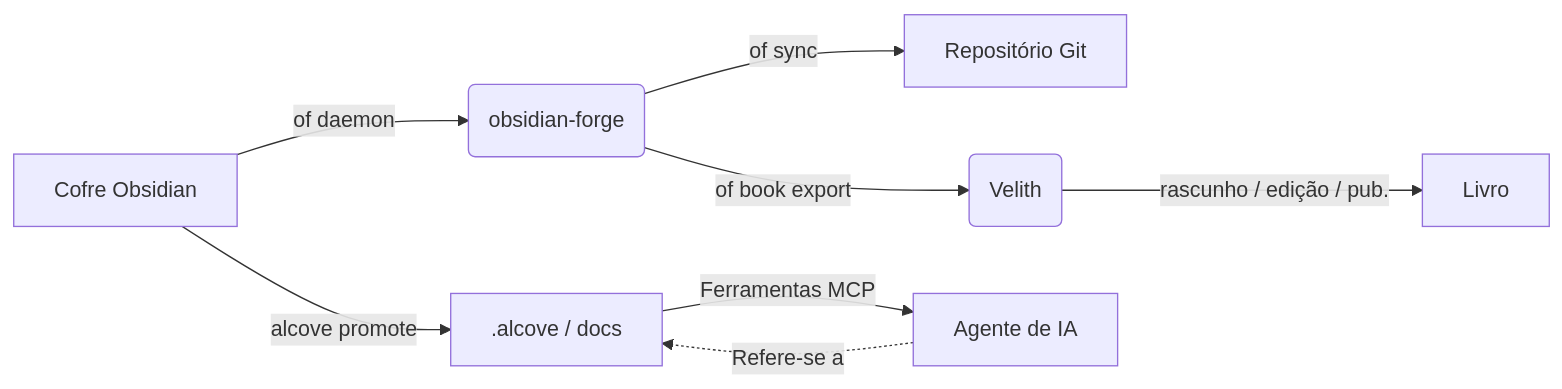
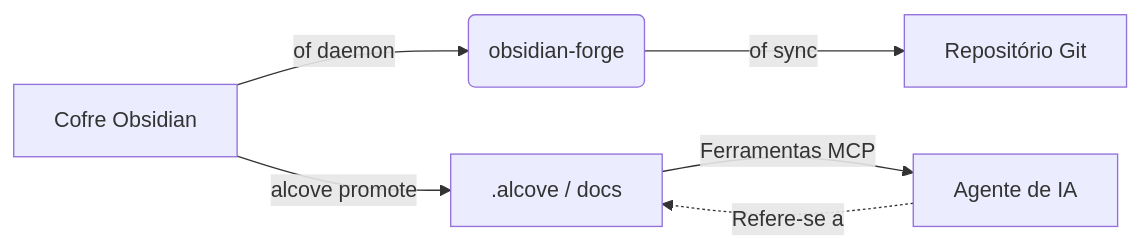
One commit to epicsagas/obsidian-forge changed the diagram in docs/README_pt-BR.md. Above: the diagram before and after it, drawn with Mermaid. The commit also changed other lines of this file and 13 other files, not shown here.

````diff
--- a/docs/README_pt-BR.md
+++ b/docs/README_pt-BR.md
@@ -397,10 +351,8 @@
 ```mermaid
 graph LR
     A[Cofre Obsidian] -->|of daemon| B(obsidian-forge)
     B -->|of sync| C[Repositório Git]
     A -->|alcove promote| D[.alcove / docs]
     D -->|Ferramentas MCP| E[Agente de IA]
     E -.->|Refere-se a| D
-    B -->|of book export| F(Velith)
-    F -->|rascunho / edição / pub.| G[Livro]
 ```
````
